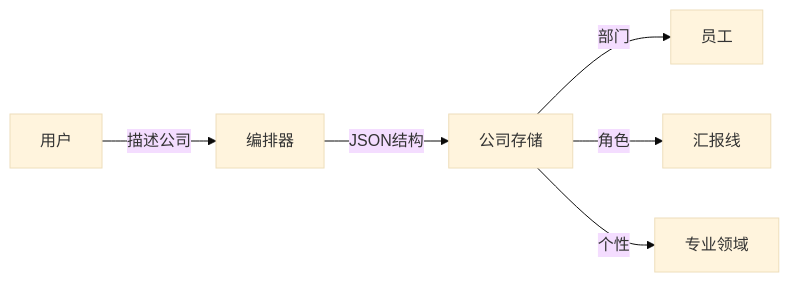
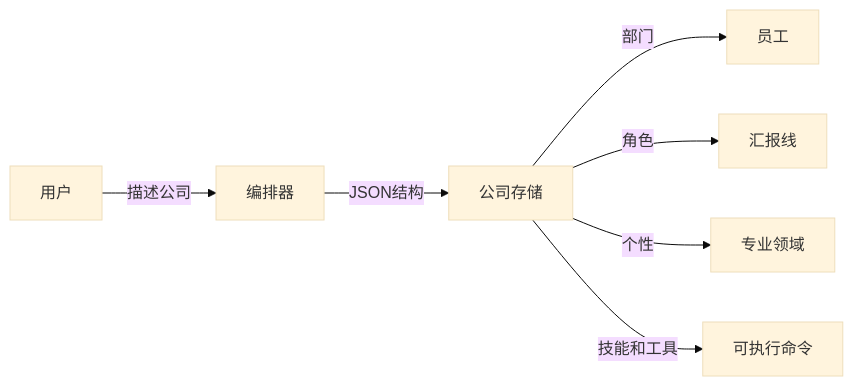
Before and after one commit to juggperc/Chairpeople: the first of 2 diagrams in README_zh-CN.md, drawn with Mermaid (base theme). The commit also changed other lines of this file and 6 other files, not shown here.

````diff
--- a/README_zh-CN.md
+++ b/README_zh-CN.md
@@ -76,8 +79,9 @@
 ```mermaid
 graph LR
     A[用户] -->|描述公司| B[编排器]
     B -->|JSON结构| C[公司存储]
     C -->|部门| D[员工]
     C -->|角色| E[汇报线]
     C -->|个性| F[专业领域]
+    C -->|技能和工具| G[可执行命令]
 ```
````
